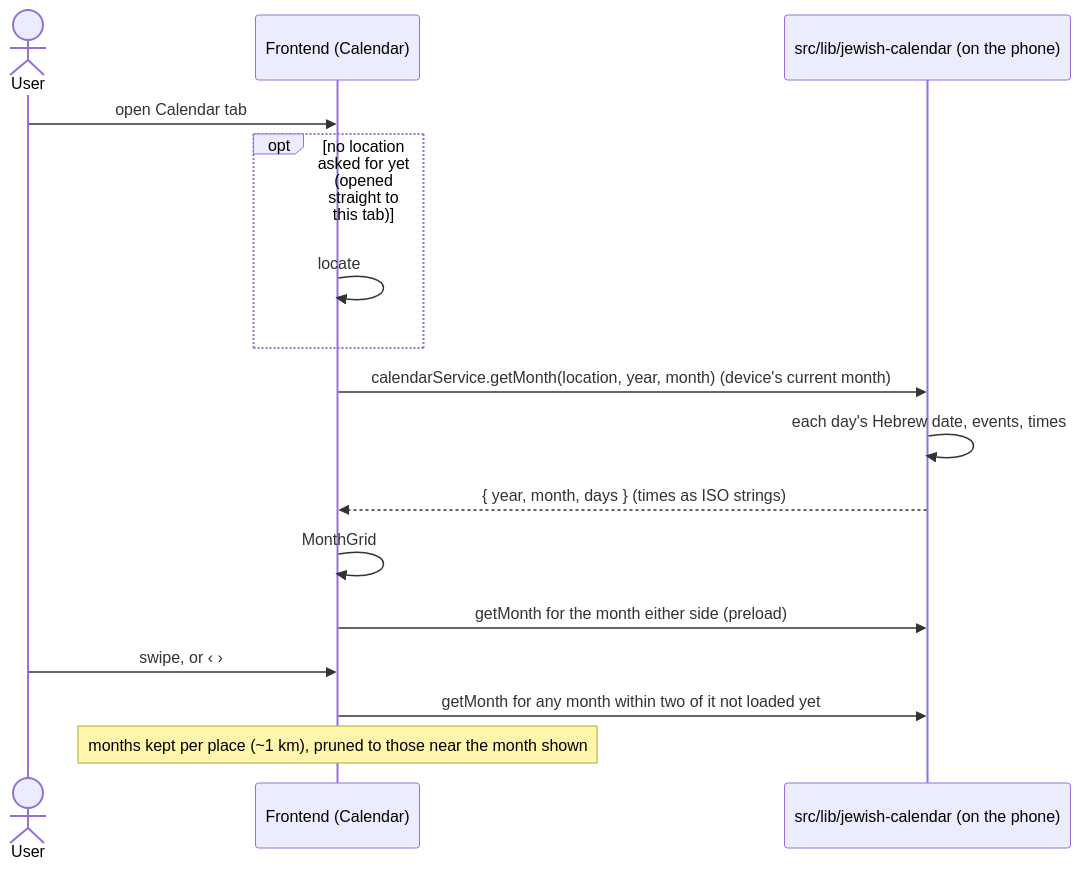
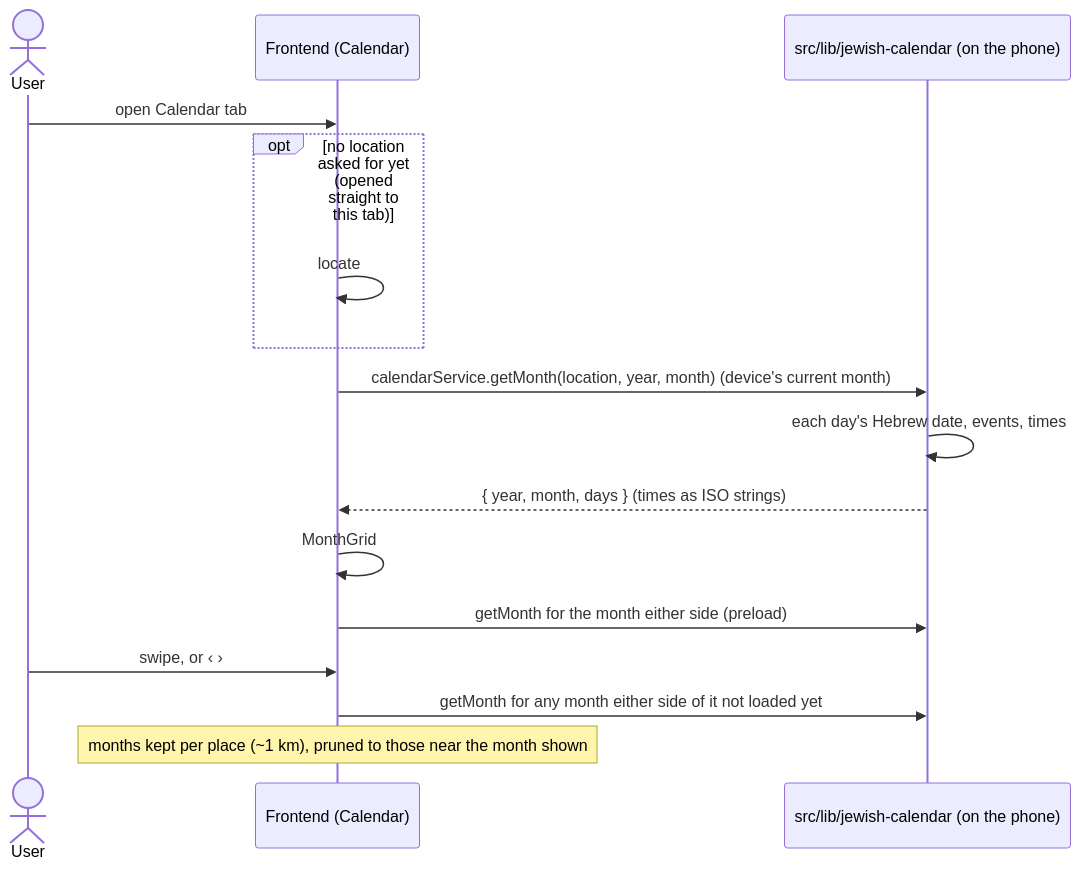
The fifth of 9 diagrams in docs/specs/architecture.md (LidorElmakaies/personal-copilot), drawn with Mermaid before and after one commit. The commit also changed 15 other files, not shown here.

````diff
--- a/docs/specs/architecture.md
+++ b/docs/specs/architecture.md
@@ -132,19 +132,19 @@
 ```mermaid
 sequenceDiagram
     actor User
     participant App as Frontend (Calendar)
     participant Lib as src/lib/jewish-calendar (on the phone)
 
     User->>App: open Calendar tab
     opt no location asked for yet (opened straight to this tab)
         App->>App: locate
     end
     App->>Lib: calendarService.getMonth(location, year, month) (device's current month)
     Lib->>Lib: each day's Hebrew date, events, times
     Lib-->>App: { year, month, days } (times as ISO strings)
     App->>App: MonthGrid
     App->>Lib: getMonth for the month either side (preload)
     User->>App: swipe, or ‹ ›
-    App->>Lib: getMonth for any month within two of it not loaded yet
+    App->>Lib: getMonth for any month either side of it not loaded yet
     Note over App: months kept per place (~1 km), pruned to those near the month shown
 ```
````
